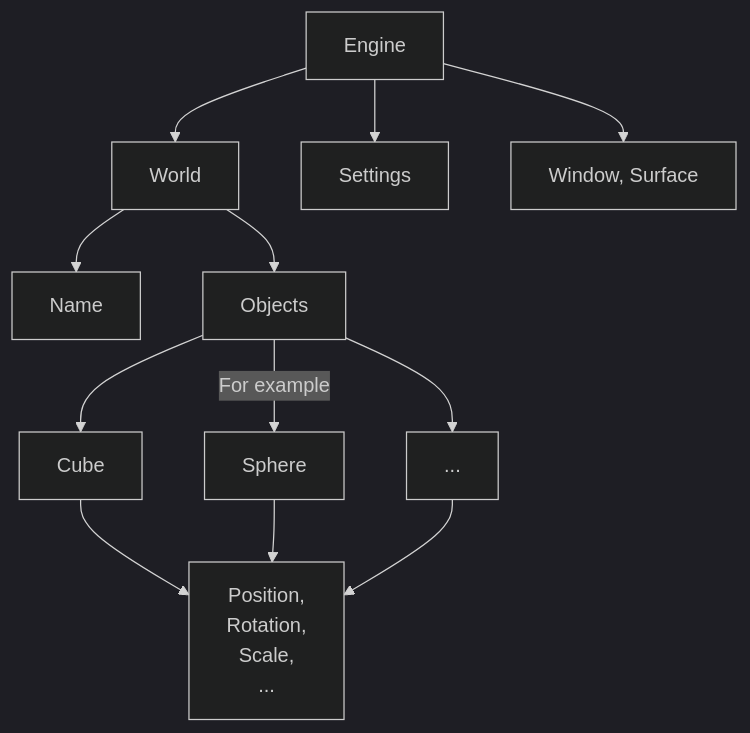
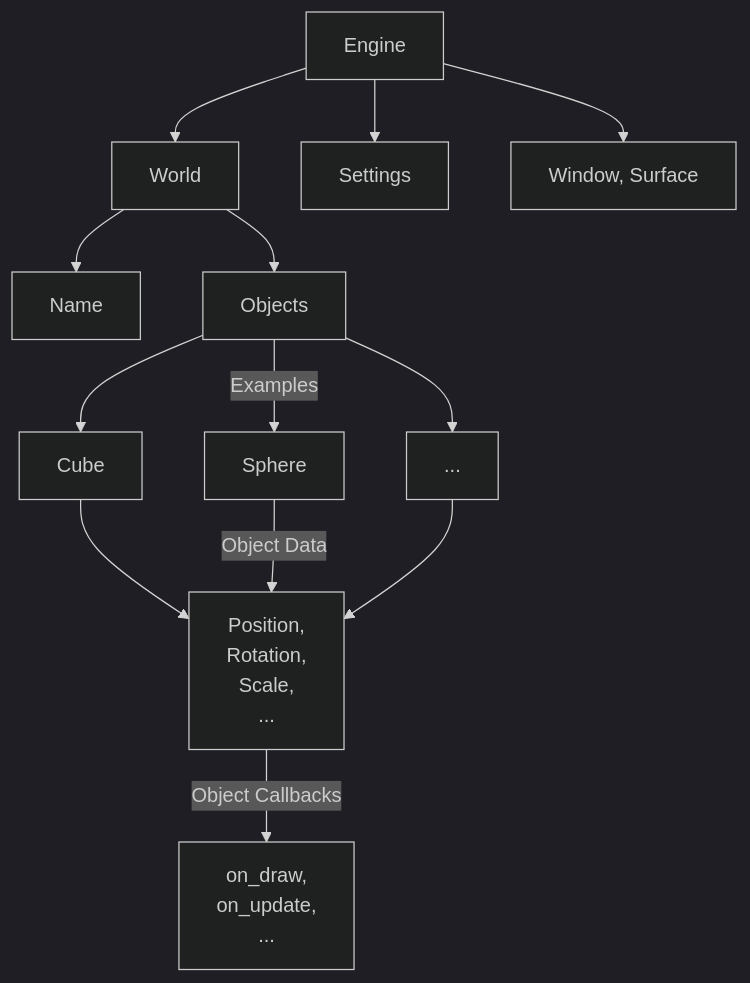
The diagram in README.md (Delfi1/DEngine), drawn with Mermaid (dark theme) before and after one commit. The commit also changed other lines of this file and 4 other files, not shown here.

````diff
--- a/README.md
+++ b/README.md
@@ -7,17 +7,20 @@
 ```mermaid
 graph TD;
     Eng[Engine];
     Eng --> Wor[World];
     Eng --> Set[Settings];
     Eng --> Win[Window, Surface];
     Wor --> Wor_Name[Name];
     Wor --> Objs[Objects];
     
     Objs --> Cb[Cube]
-    Objs --> |For example| Sph[Sphere]
+    Objs --> |Examples| Sph[Sphere]
     Objs --> Another[...]
 
     Cb --> Data[Position, \nRotation, \nScale, \n... ]
-    Sph --> Data
+    Sph --> |Object Data| Data
     Another --> Data
+    
+    Data --> |Object Callbacks| Callbacks[on_draw, \non_update, \n...]
+
 ```
````
